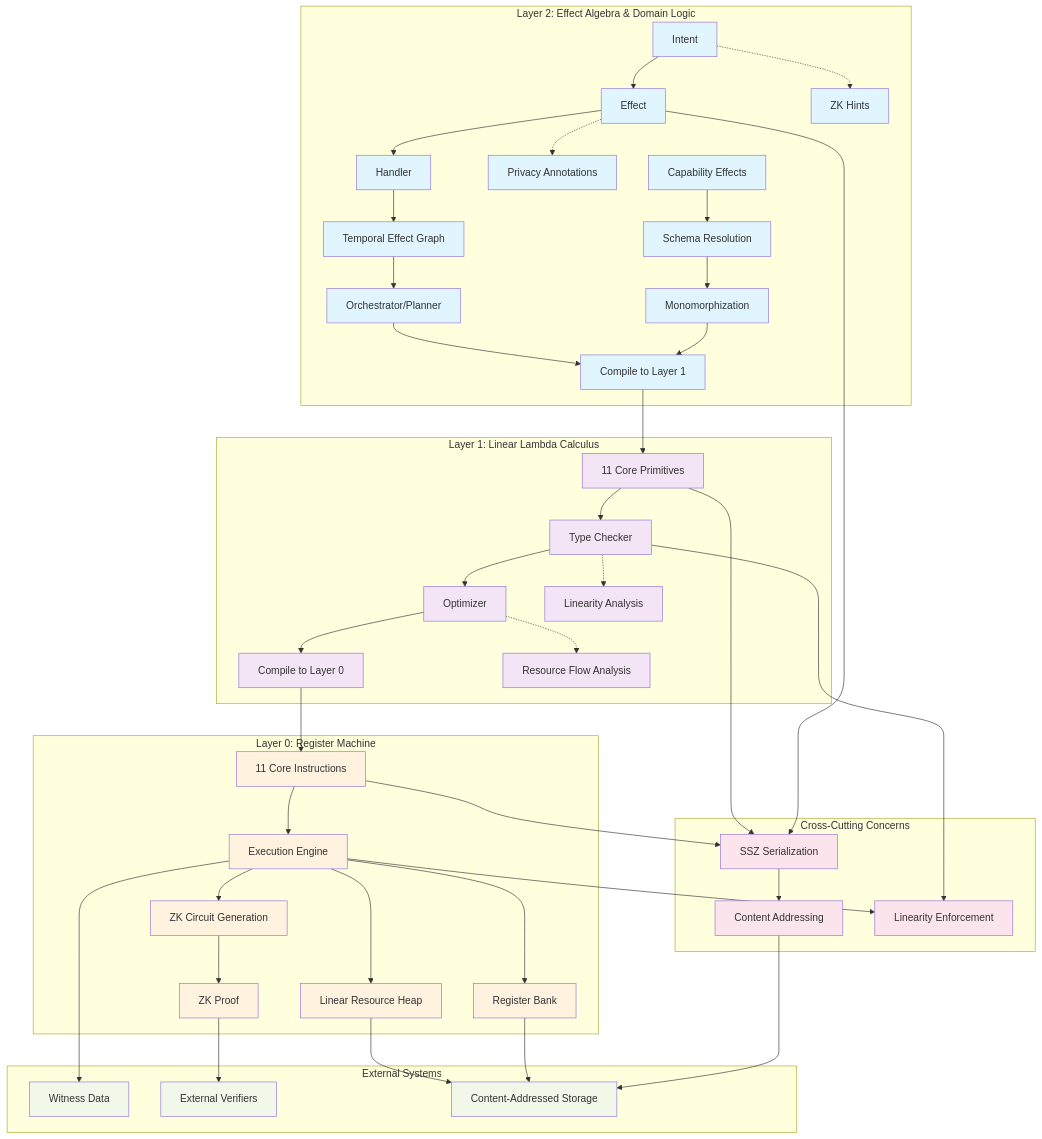
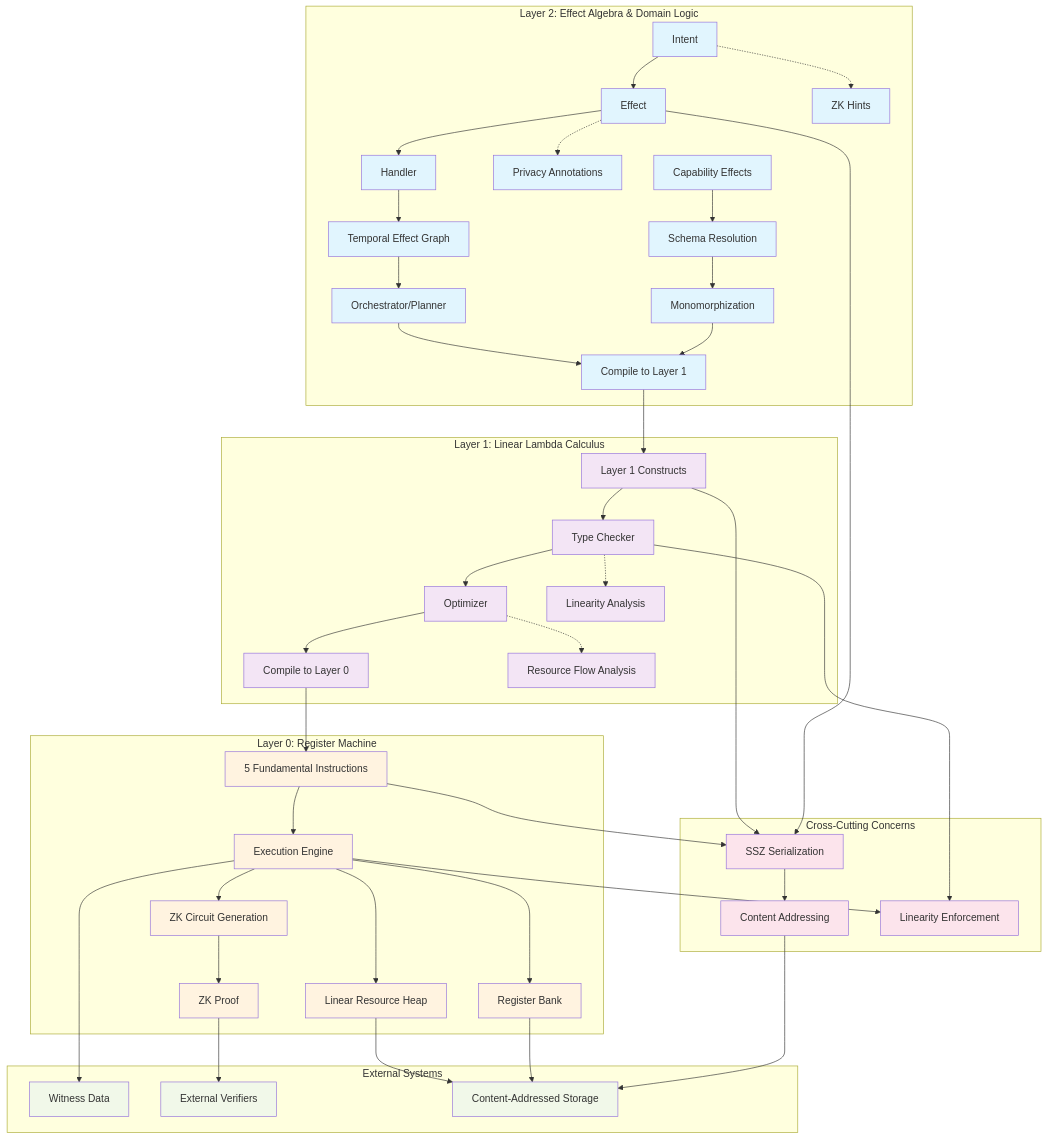
The diagram in docs/002-three-layer-architecture.md (timewave-computer/causality), drawn with Mermaid before and after one commit. The commit also changed other lines of this file and 195 other files, not shown here.

````diff
--- a/docs/002-three-layer-architecture.md
+++ b/docs/002-three-layer-architecture.md
@@ -77,76 +77,76 @@
 ```mermaid
 graph TB
     subgraph "Layer 2: Effect Algebra & Domain Logic"
         I[Intent] --> E[Effect]
         E --> H[Handler]
         H --> TEG[Temporal Effect Graph]
         TEG --> OP[Orchestrator/Planner]
         OP --> COMPILE_L2[Compile to Layer 1]
         
         I -.-> ZKH[ZK Hints]
         E -.-> PRIV[Privacy Annotations]
         
         CAP[Capability Effects] --> SCHEMA[Schema Resolution]
         SCHEMA --> MONO[Monomorphization]
         MONO --> COMPILE_L2
     end
     
     subgraph "Layer 1: Linear Lambda Calculus"
-        COMPILE_L2 --> AST[11 Core Primitives]
+        COMPILE_L2 --> AST[Layer 1 Constructs]
         AST --> TC[Type Checker]
         TC --> OPT[Optimizer]
         OPT --> COMPILE_L1[Compile to Layer 0]
         
         TC -.-> LINEARITY[Linearity Analysis]
         OPT -.-> RESOURCE[Resource Flow Analysis]
     end
     
     subgraph "Layer 0: Register Machine"
-        COMPILE_L1 --> INSTR[11 Core Instructions]
+        COMPILE_L1 --> INSTR[5 Fundamental Instructions]
         INSTR --> EXEC[Execution Engine]
         EXEC --> HEAP[Linear Resource Heap]
         EXEC --> REG[Register Bank]
         
         EXEC --> ZK_GEN[ZK Circuit Generation]
         ZK_GEN --> PROOF[ZK Proof]
     end
     
     subgraph "External Systems"
         WITNESS[Witness Data]
         VERIFIER[External Verifiers]
         STORAGE[Content-Addressed Storage]
     end
     
     subgraph "Cross-Cutting Concerns"
         SSZ[SSZ Serialization]
         CA[Content Addressing]
         LIN[Linearity Enforcement]
     end
     
     EXEC --> WITNESS
     PROOF --> VERIFIER
     HEAP --> STORAGE
     REG --> STORAGE
     
     AST --> SSZ
     E --> SSZ
     INSTR --> SSZ
     
     SSZ --> CA
     CA --> STORAGE
     
     TC --> LIN
     EXEC --> LIN
     
     classDef layer2 fill:#e1f5fe
     classDef layer1 fill:#f3e5f5
     classDef layer0 fill:#fff3e0
     classDef external fill:#f1f8e9
     classDef concern fill:#fce4ec
     
     class I,E,H,TEG,OP,COMPILE_L2,ZKH,PRIV,CAP,SCHEMA,MONO layer2
     class AST,TC,OPT,COMPILE_L1,LINEARITY,RESOURCE layer1
     class INSTR,EXEC,HEAP,REG,ZK_GEN,PROOF layer0
     class WITNESS,VERIFIER,STORAGE external
     class SSZ,CA,LIN concern
 ```
````
